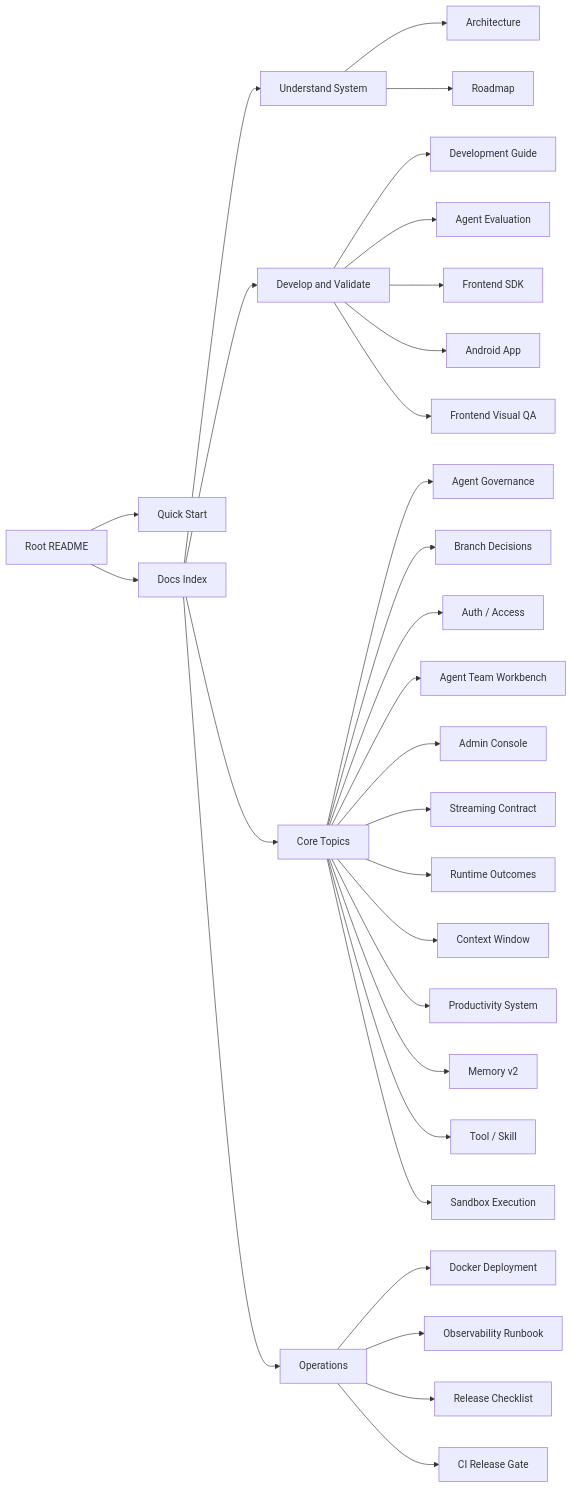
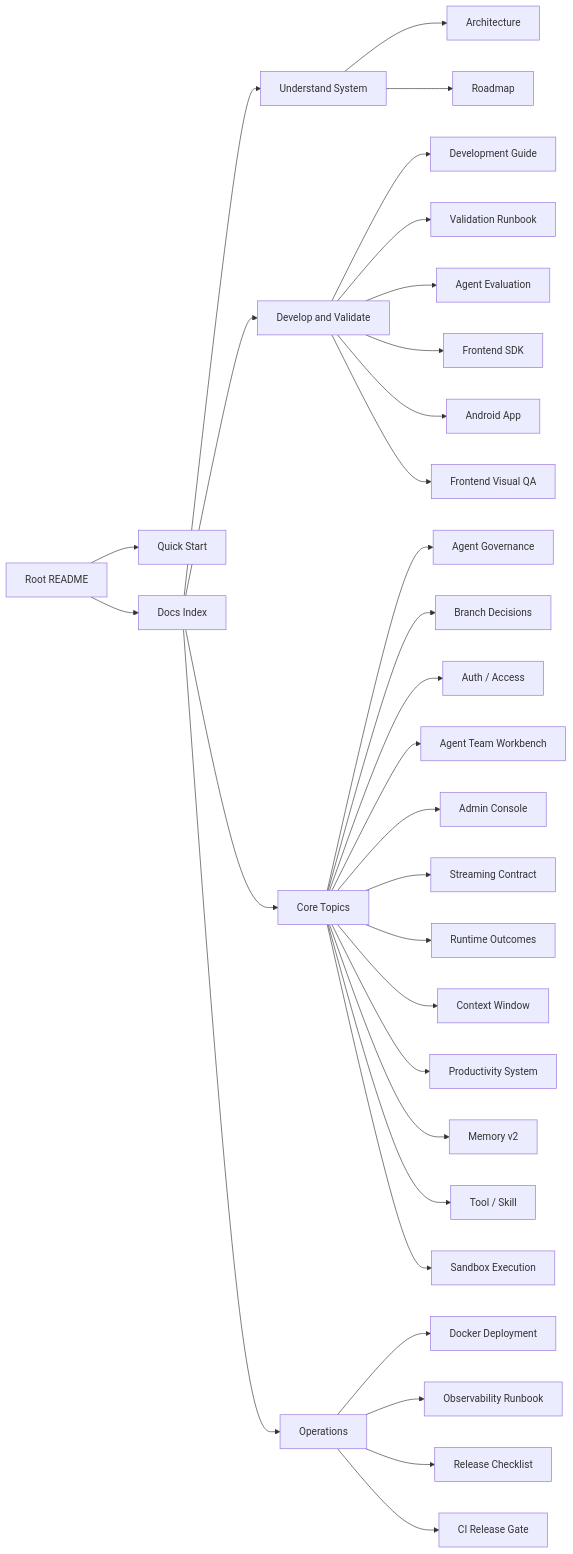
One commit to William-zgx/focus-agent changed the diagram in docs/README.md. Above: the diagram before and after it, drawn with Mermaid. The commit also changed other lines of this file and 28 other files, not shown here.

````diff
--- a/docs/README.md
+++ b/docs/README.md
@@ -9,32 +9,33 @@
 ```mermaid
 flowchart LR
     README["Root README"] --> Quick["Quick Start"]
     README --> Docs["Docs Index"]
     Docs --> Understand["Understand System"]
     Docs --> Develop["Develop and Validate"]
     Docs --> Topics["Core Topics"]
     Docs --> Ops["Operations"]
     Understand --> Architecture["Architecture"]
     Understand --> Roadmap["Roadmap"]
     Develop --> DevGuide["Development Guide"]
+    Develop --> Validation["Validation Runbook"]
     Develop --> EvalGuide["Agent Evaluation"]
     Develop --> SDK["Frontend SDK"]
     Develop --> Android["Android App"]
     Develop --> FrontendQA["Frontend Visual QA"]
     Topics --> Governance["Agent Governance"]
     Topics --> BranchDecision["Branch Decisions"]
     Topics --> AuthAccess["Auth / Access"]
     Topics --> AgentTeam["Agent Team Workbench"]
     Topics --> Admin["Admin Console"]
     Topics --> Streaming["Streaming Contract"]
     Topics --> Outcomes["Runtime Outcomes"]
     Topics --> ContextWindow["Context Window"]
     Topics --> Productivity["Productivity System"]
     Topics --> Memory["Memory v2"]
     Topics --> Tools["Tool / Skill"]
     Topics --> Sandbox["Sandbox Execution"]
     Ops --> Docker["Docker Deployment"]
     Ops --> Observability["Observability Runbook"]
     Ops --> Release["Release Checklist"]
     Ops --> CIGate["CI Release Gate"]
 ```
````
